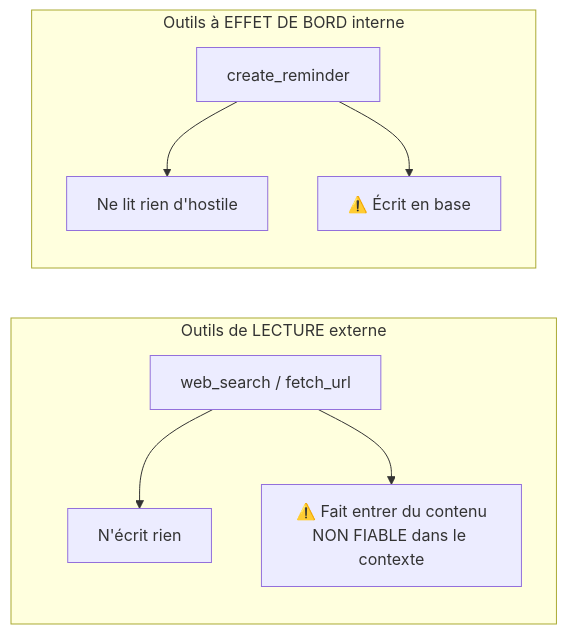
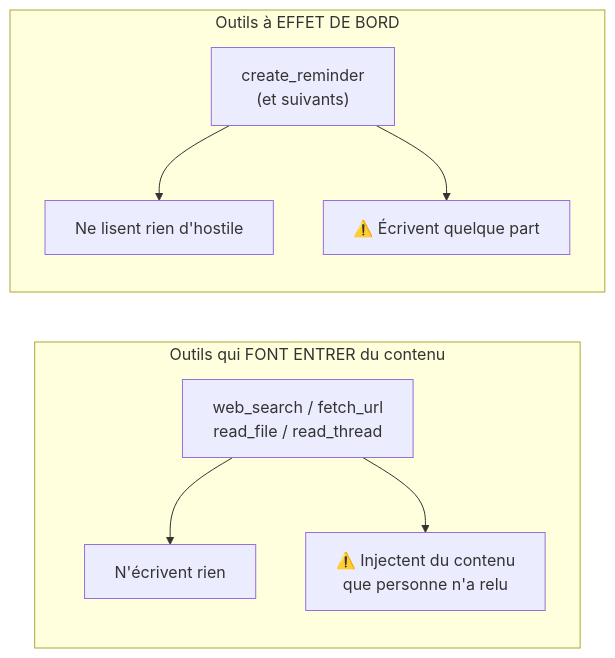
One commit to jeanlangloismeurinne/ai-vps-projects changed the first of 9 diagrams in projects/assistant-ia/roadmap/agent-outillage.md. Above: the diagram before and after it, drawn with Mermaid. The commit also changed other lines of this file and 35 other files, not shown here.

````diff
--- a/projects/assistant-ia/roadmap/agent-outillage.md
+++ b/projects/assistant-ia/roadmap/agent-outillage.md
@@ -33,13 +39,13 @@
 ```mermaid
 graph LR
-    subgraph L["Outils de LECTURE externe"]
-        WS["web_search / fetch_url"]
-        WS --> R1["N'écrit rien"]
-        WS --> R2["⚠️ Fait entrer du contenu<br/>NON FIABLE dans le contexte"]
+    subgraph L["Outils qui FONT ENTRER du contenu"]
+        WS["web_search / fetch_url<br/>read_file / read_thread"]
+        WS --> R1["N'écrivent rien"]
+        WS --> R2["⚠️ Injectent du contenu<br/>que personne n'a relu"]
     end
-    subgraph E["Outils à EFFET DE BORD interne"]
-        CR["create_reminder"]
-        CR --> R3["Ne lit rien d'hostile"]
-        CR --> R4["⚠️ Écrit en base"]
+    subgraph E["Outils à EFFET DE BORD"]
+        CR["create_reminder<br/>(et suivants)"]
+        CR --> R3["Ne lisent rien d'hostile"]
+        CR --> R4["⚠️ Écrivent quelque part"]
     end
 ```
````
